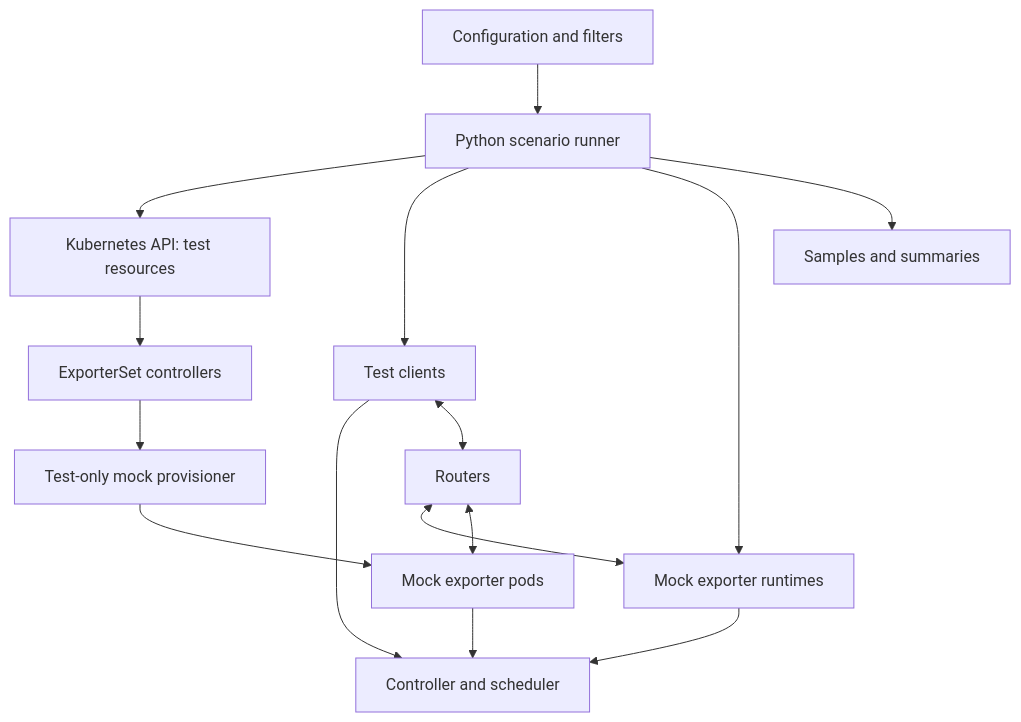
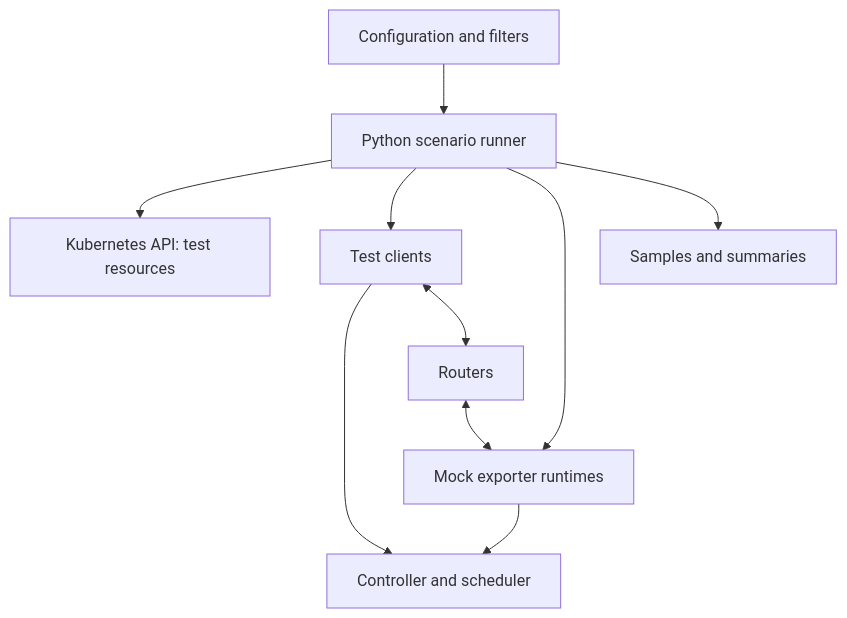
One commit to jumpstarter-dev/jumpstarter changed the diagram in docs/source/contributing/jeps/JEP-0019-scale-performance-testing.md. Above: the diagram before and after it, drawn with Mermaid. The commit also changed other lines of this file and 2 other files, not shown here.

Commit message:
docs: split mock ExporterSet testing into Phase 2 JEP

````diff
--- a/docs/source/contributing/jeps/JEP-0019-scale-performance-testing.md
+++ b/docs/source/contributing/jeps/JEP-0019-scale-performance-testing.md
@@ -180,17 +170,15 @@
 ```{mermaid}
 flowchart TD
     Config[Configuration and filters] --> Runner[Python scenario runner]
     Runner --> API[Kubernetes API: test resources]
     Runner --> Clients[Test clients]
     Runner --> Mocks[Mock exporter runtimes]
-    API --> Sets[ExporterSet controllers]
-    Sets --> MockProvisioner[Test-only mock provisioner]
-    MockProvisioner --> Pods[Mock exporter pods]
+
     Clients --> Controller[Controller and scheduler]
     Mocks --> Controller
-    Pods --> Controller
+
     Clients <--> Routers[Routers]
     Routers <--> Mocks
-    Routers <--> Pods
+
     Runner --> Results[Samples and summaries]
 ```
````
